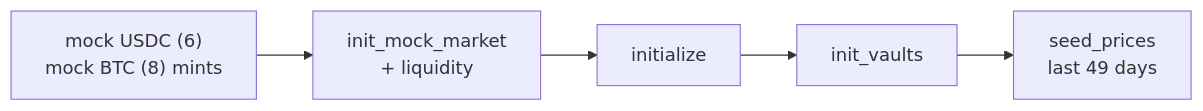
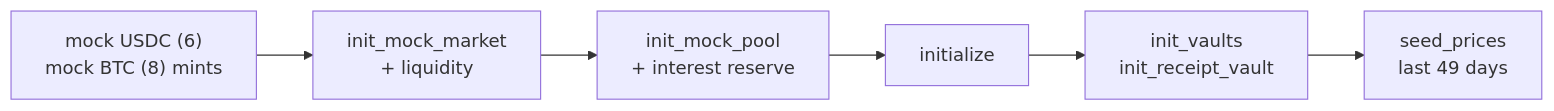
One commit to 0xnex/tide changed diagram 12 of 14 in README.md. Above: the diagram before and after it, drawn with Mermaid. The commit also changed other lines of this file and 13 other files, not shown here.

First line of the commit message:
feat: lend idle USDC to a lending pool within a cap (ADR 0008)

````diff
--- a/README.md
+++ b/README.md
@@ -219,4 +219,4 @@
 ```mermaid
 flowchart LR
-  A["mock USDC (6)<br/>mock BTC (8) mints"] --> C["init_mock_market<br/>+ liquidity"] --> D["initialize"] --> E["init_vaults"] --> F["seed_prices<br/>last 49 days"]
+  A["mock USDC (6)<br/>mock BTC (8) mints"] --> C["init_mock_market<br/>+ liquidity"] --> P["init_mock_pool<br/>+ interest reserve"] --> D["initialize"] --> E["init_vaults<br/>init_receipt_vault"] --> F["seed_prices<br/>last 49 days"]
 ```
````
